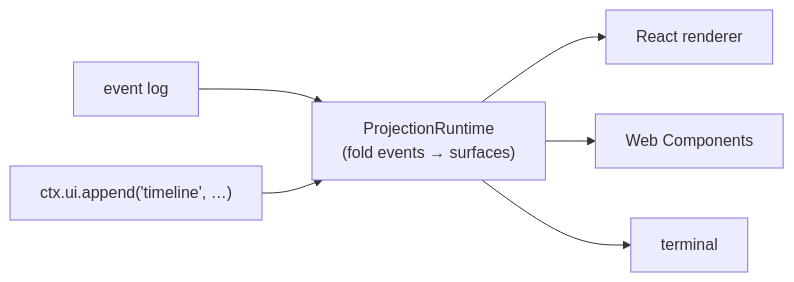
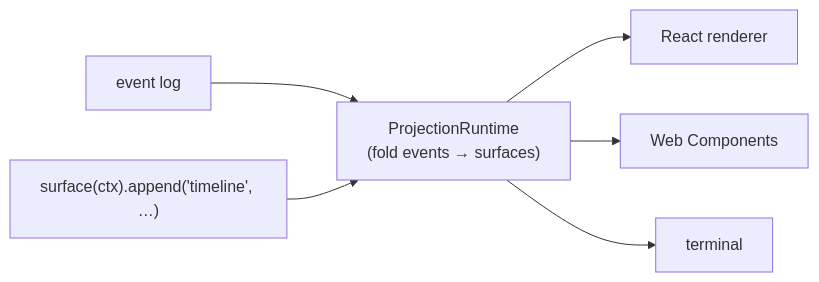
The ninth of 13 diagrams in docs/architecture.md (chhetrisushil/loom), drawn with Mermaid before and after one commit. The commit also changed other lines of this file and 51 other files, not shown here.

First line of the commit message:
feat(workflow-runtime,agent-surface,app,spec)!: ADR 0114 — ctx.ui leaves the kernel (R14)

````diff
--- a/docs/architecture.md
+++ b/docs/architecture.md
@@ -304,8 +304,8 @@
 ```mermaid
 flowchart LR
   Ev["event log"] --> PR["ProjectionRuntime<br/>(fold events → surfaces)"]
-  Ui["ctx.ui.append('timeline', …)"] --> PR
+  Ui["surface(ctx).append('timeline', …)"] --> PR
   PR --> R1["React renderer"]
   PR --> R2["Web Components"]
   PR --> R3["terminal"]
 ```
````
